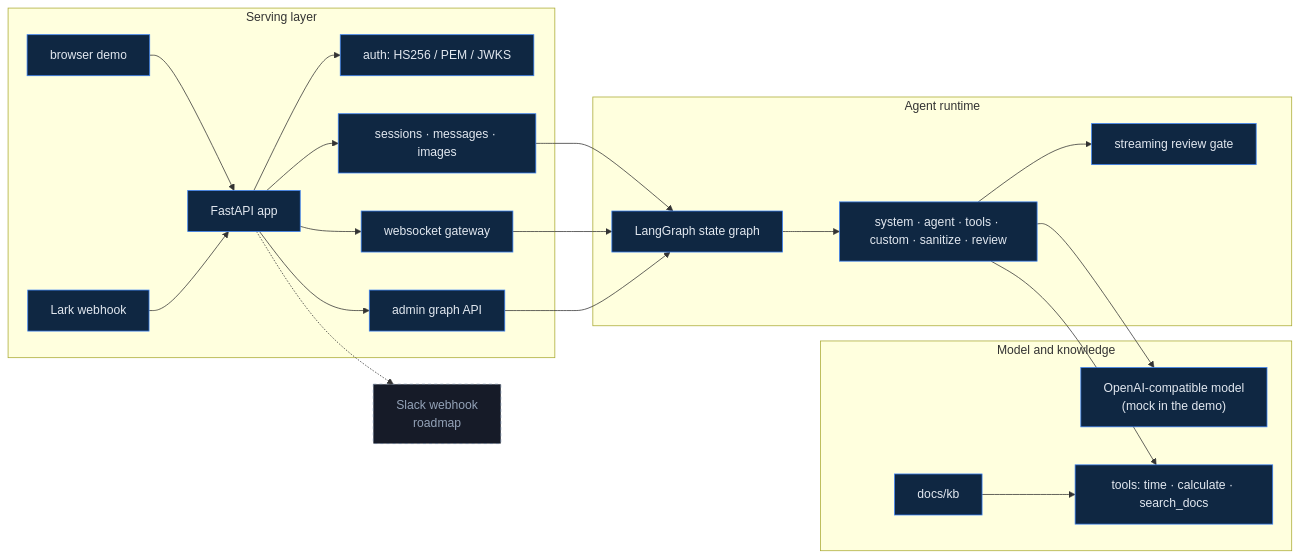
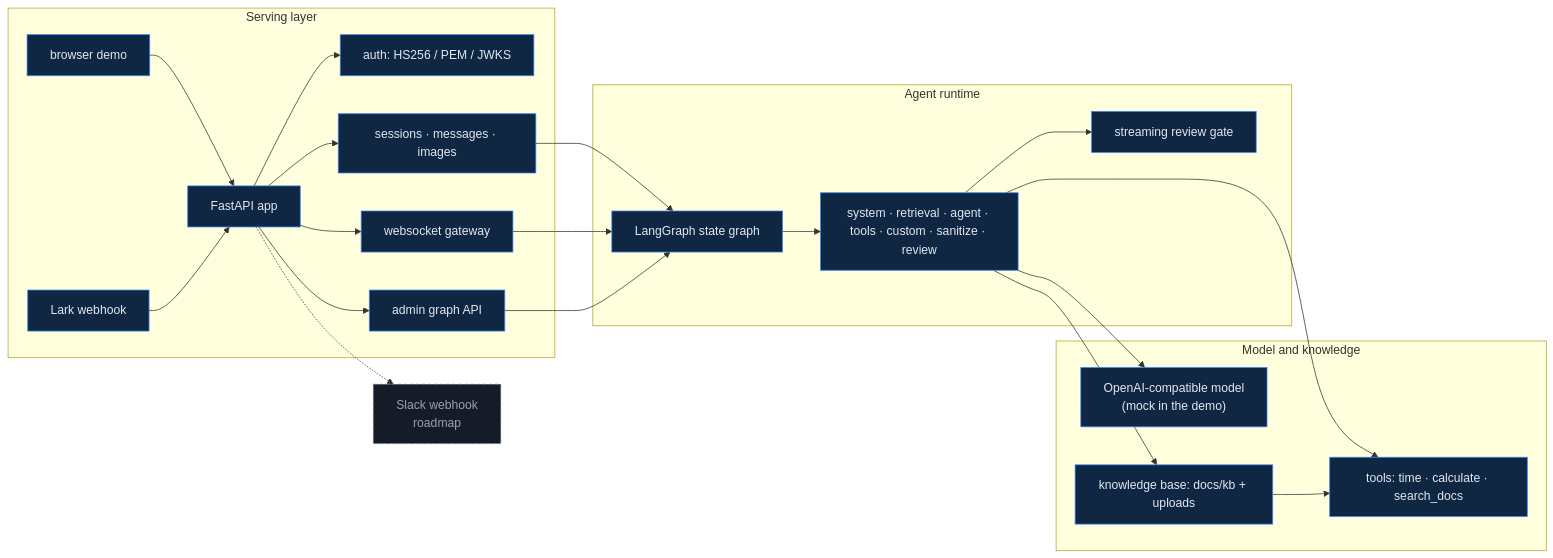
The first of 2 diagrams in docs/architecture.md (jameskkkk7/Bridge-Agents), drawn with Mermaid before and after one commit. The commit also changed other lines of this file and 4 other files, not shown here.

Commit message:
docs: document the RAG knowledge base and citations

````diff
--- a/docs/architecture.md
+++ b/docs/architecture.md
@@ -12,41 +12,42 @@
 ```mermaid
 flowchart LR
     subgraph serving["Serving layer"]
         api["FastAPI app"]
         auth["auth: HS256 / PEM / JWKS"]
         admin["admin graph API"]
         chat["sessions · messages · images"]
         realtime["websocket gateway"]
         web["browser demo"]
         lark["Lark webhook"]
     end
     subgraph runtime["Agent runtime"]
         state_graph["LangGraph state graph"]
-        nodes["system · agent · tools · custom · sanitize · review"]
+        nodes["system · retrieval · agent · tools · custom · sanitize · review"]
         gate["streaming review gate"]
     end
     subgraph deps["Model and knowledge"]
         model["OpenAI-compatible model<br/>(mock in the demo)"]
         tools["tools: time · calculate · search_docs"]
-        kb["docs/kb"]
+        kb["knowledge base: docs/kb + uploads"]
     end
     api --> auth
     api --> admin
     api --> chat
     api --> realtime
     web --> api
     lark --> api
     chat --> state_graph
     realtime --> state_graph
     admin --> state_graph
     state_graph --> nodes
     nodes --> model
     nodes --> tools
+    nodes --> kb
     kb --> tools
     nodes --> gate
     api -.-> future["Slack webhook<br/>roadmap"]
     classDef done fill:#0f2742,stroke:#3b82f6,color:#e2e8f0
     classDef next fill:#161b28,stroke:#64748b,color:#94a3b8,stroke-dasharray:4
     class api,auth,admin,chat,realtime,web,lark,state_graph,nodes,gate,model,tools,kb done
     class future next
 ```
````
